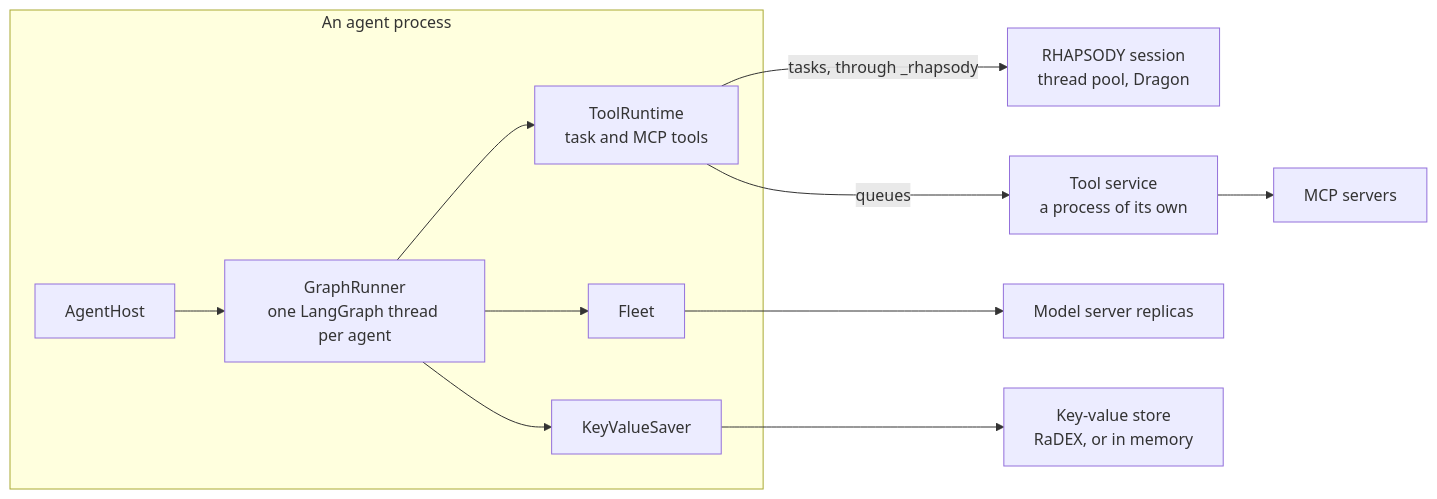
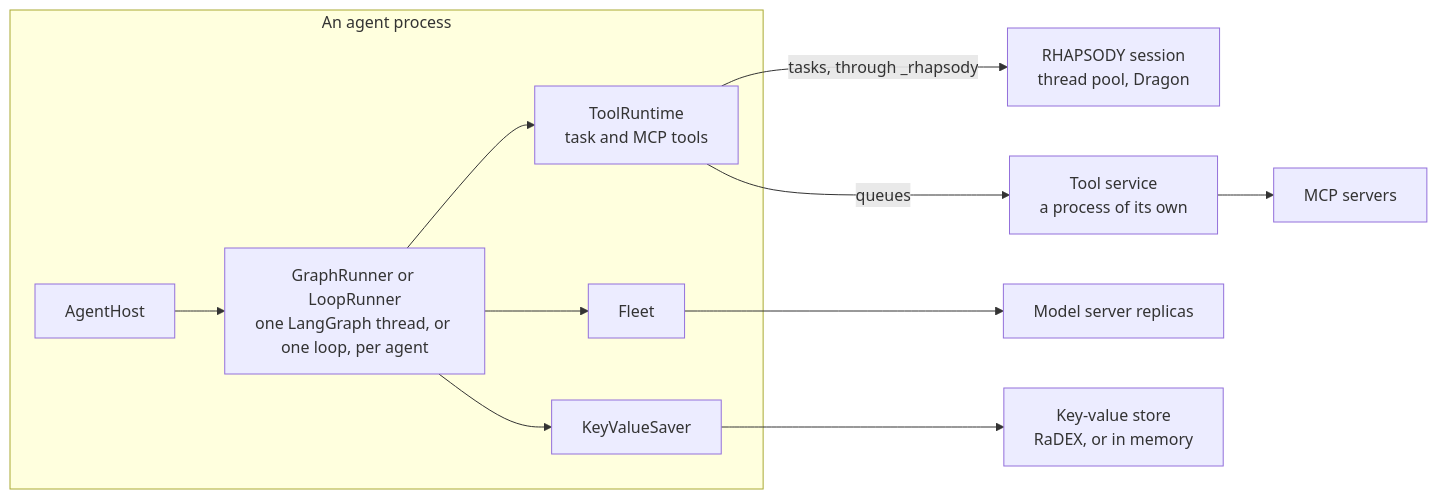
The first of 4 diagrams in docs/architecture.md (stride-research/flowgentic), drawn with Mermaid before and after one commit. The commit also changed other lines of this file and 13 other files, not shown here.

First line of the commit message:
Add LoopRunner, an agent loop on langchain-core beside GraphRunner

````diff
--- a/docs/architecture.md
+++ b/docs/architecture.md
@@ -22,19 +22,19 @@
 ```mermaid
 flowchart LR
   subgraph Process[An agent process]
     HOST[AgentHost]
-    RUNNER[GraphRunner<br/>one LangGraph thread per agent]
+    RUNNER[GraphRunner or LoopRunner<br/>one LangGraph thread, or one loop, per agent]
     TOOLS[ToolRuntime<br/>task and MCP tools]
     FLEET[Fleet]
     SAVER[KeyValueSaver]
     HOST --> RUNNER
     RUNNER --> TOOLS
     RUNNER --> FLEET
     RUNNER --> SAVER
   end
   TOOLS -- tasks, through _rhapsody --> SESSION[RHAPSODY session<br/>thread pool, Dragon]
   TOOLS -- queues --> SERVICE[Tool service<br/>a process of its own]
   SERVICE --> MCP[MCP servers]
   FLEET --> MODELS[Model server replicas]
   SAVER --> STORE[Key-value store<br/>RaDEX, or in memory]
 ```
````
